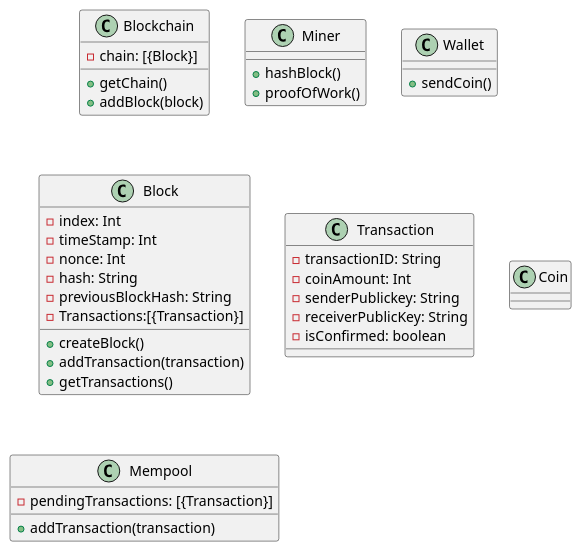
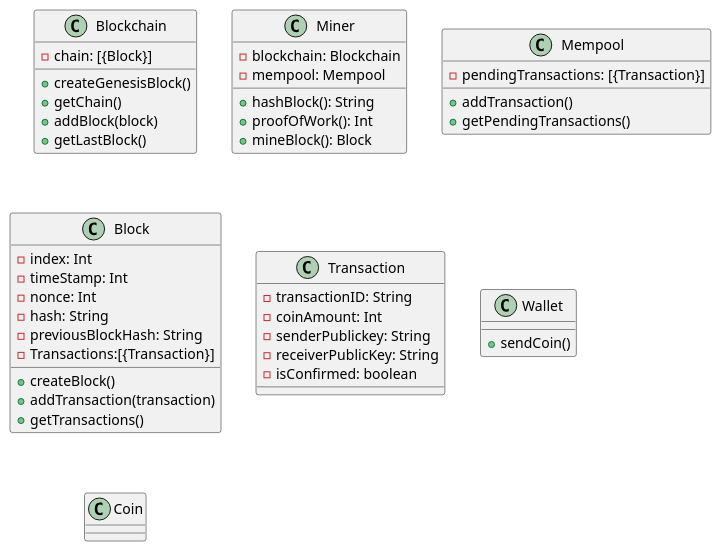
Before and after one commit to valleria-web/prototype: the diagram in prototipov1.plantuml, drawn with PlantUML. The commit also changed 4 other files, not shown here.

Commit message:
proofOfWork

```diff
--- a/prototipov1.plantuml
+++ b/prototipov1.plantuml
@@ -1,47 +1,54 @@
 @startuml prototipov1
 
 class Blockchain{
     - chain: [{Block}]
+    + createGenesisBlock()
     + getChain()
     + addBlock(block)
+    + getLastBlock()
 }
 
-class Miner{
-    + hashBlock()
-    + proofOfWork()
+class Miner {
+    - blockchain: Blockchain
+    - mempool: Mempool
+    + hashBlock(): String
+    + proofOfWork(): Int
+    + mineBlock(): Block
 }
 
-class Wallet{
-    + sendCoin()
+class Mempool{
+    - pendingTransactions: [{Transaction}]
+    + addTransaction()
+    + getPendingTransactions()
 }
 
 class Block{
     - index: Int 
     - timeStamp: Int 
     - nonce: Int
     - hash: String 
     - previousBlockHash: String
     - Transactions:[{Transaction}]
     + createBlock()
     + addTransaction(transaction)
     + getTransactions()
 }
 
 class Transaction{
     - transactionID: String 
     - coinAmount: Int 
     - senderPublickey: String
     - receiverPublicKey: String
     - isConfirmed: boolean
 }
 
+
+class Wallet{
+    + sendCoin()
+}
+
 class Coin{
 
 }
 
-class Mempool{
-    - pendingTransactions: [{Transaction}]
-    + addTransaction(transaction)
-}
-
 @enduml
```
